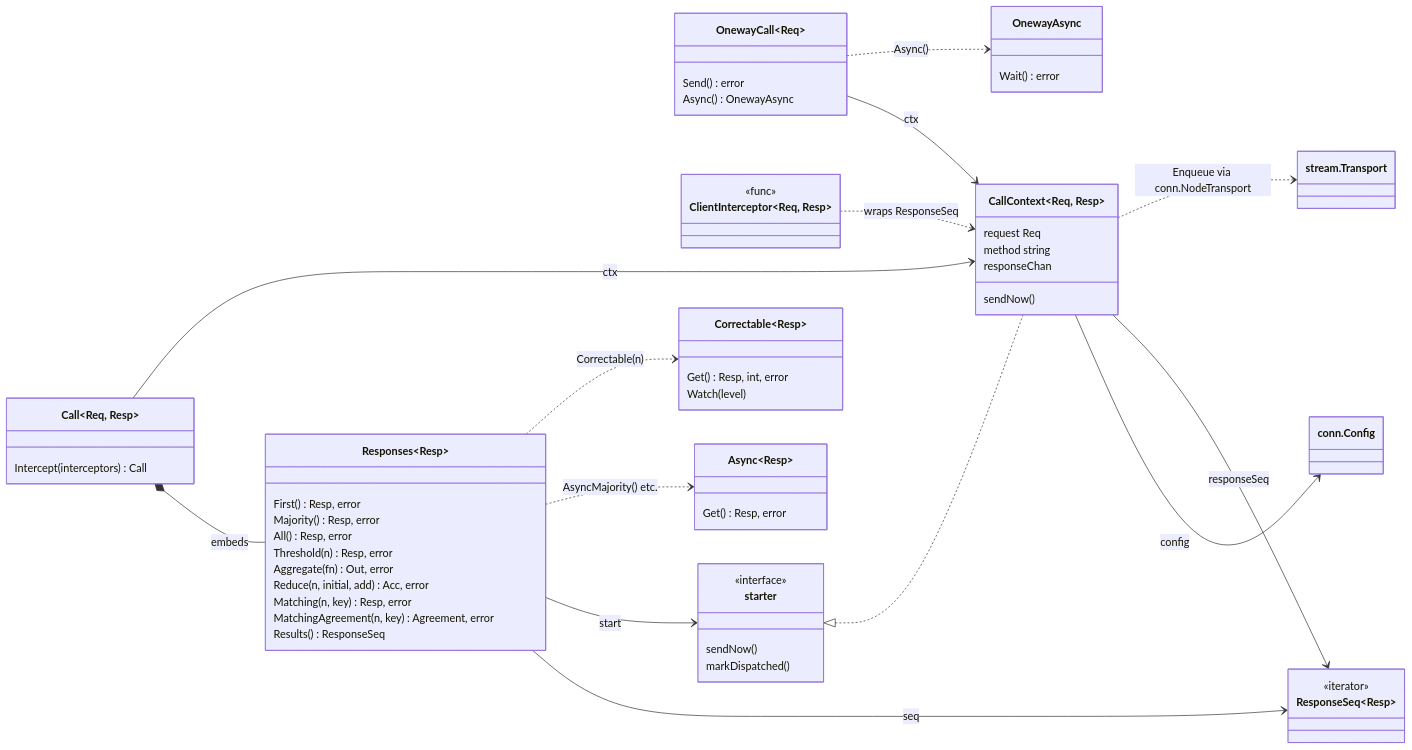
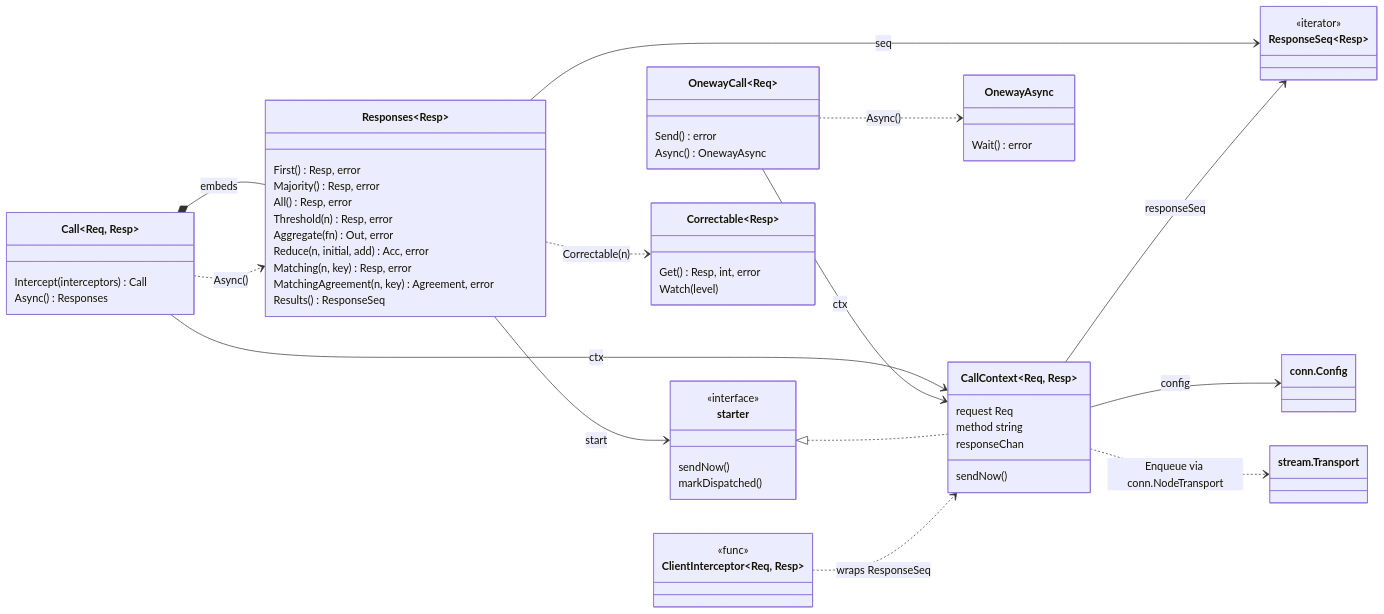
One commit to relab/gorums changed the sixth of 9 diagrams in doc/dev-guide.md. Above: the diagram before and after it, drawn with Mermaid. The commit also changed other lines of this file and 21 other files, not shown here.

First line of the commit message:
gorums: replace the Async future with eager Call.Async dispatch

````diff
--- a/doc/dev-guide.md
+++ b/doc/dev-guide.md
@@ -437,65 +438,63 @@
 ```mermaid
 classDiagram
     direction LR
     class CallContext~Req, Resp~ {
         request Req
         method string
         responseChan
         sendNow()
     }
     class Call~Req, Resp~ {
         Intercept(interceptors) Call
+        Async() Responses
     }
     class Responses~Resp~ {
         First() Resp, error
         Majority() Resp, error
         All() Resp, error
         Threshold(n) Resp, error
         Aggregate(fn) Out, error
         Reduce(n, initial, add) Acc, error
         Matching(n, key) Resp, error
         MatchingAgreement(n, key) Agreement, error
         Results() ResponseSeq
     }
     class OnewayCall~Req~ {
         Send() error
         Async() OnewayAsync
     }
     class OnewayAsync {
         Wait() error
     }
     class ResponseSeq~Resp~ {
         <<iterator>>
     }
     class ClientInterceptor~Req, Resp~ {
         <<func>>
     }
-    class Async~Resp~ {
-        Get() Resp, error
-    }
     class Correctable~Resp~ {
         Get() Resp, int, error
         Watch(level)
     }
     class starter {
         <<interface>>
         sendNow()
         markDispatched()
     }
     class ConnConfig["conn.Config"]
     class StreamTransport["stream.Transport"]
 
     Call *-- Responses : embeds
     Call --> CallContext : ctx
     OnewayCall --> CallContext : ctx
     OnewayCall ..> OnewayAsync : Async()
     Responses --> ResponseSeq : seq
     Responses --> starter : start
     starter <|.. CallContext
-    Responses ..> Async : AsyncMajority() etc.
+    Call ..> Responses : Async()
     Responses ..> Correctable : Correctable(n)
     CallContext --> ConnConfig : config
     CallContext --> ResponseSeq : responseSeq
     ClientInterceptor ..> CallContext : wraps ResponseSeq
     CallContext ..> StreamTransport : Enqueue via conn.NodeTransport
 ```
````
